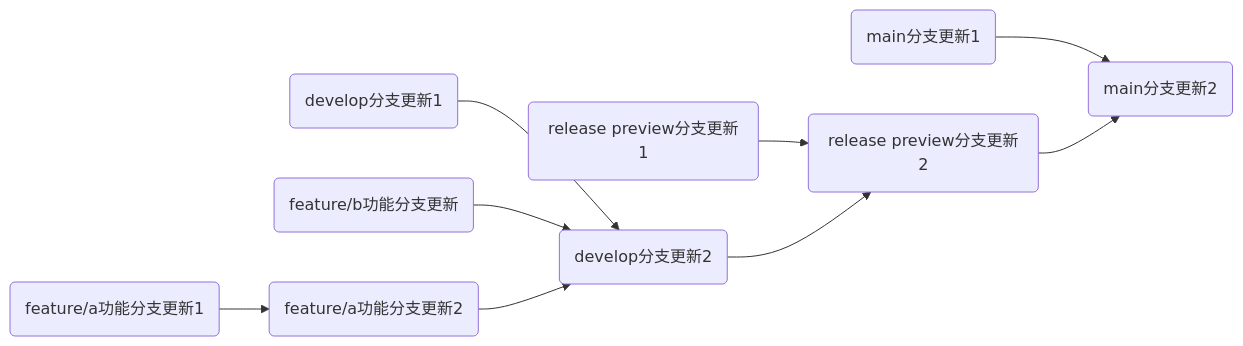
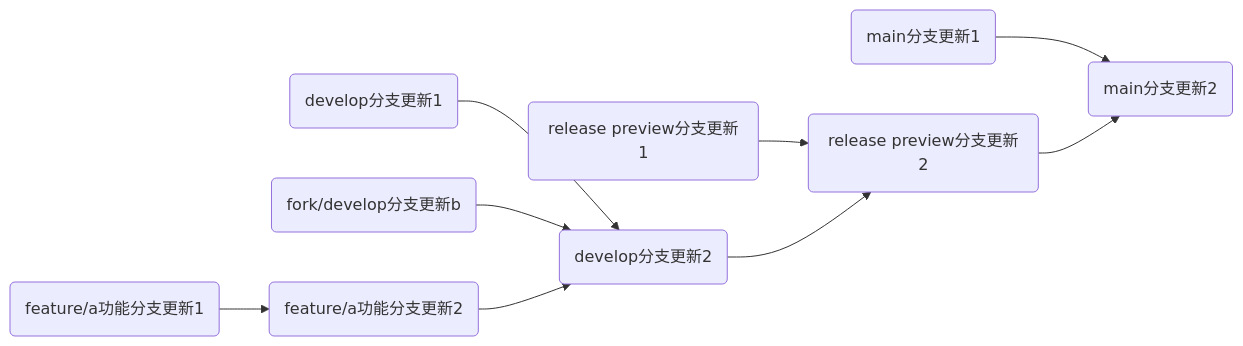
Before and after one commit to xystudio889/pyClickMouse: the first of 2 diagrams in CONTRIBUTING.md, drawn with Mermaid. The commit also changed other lines of this file and 13 other files, not shown here.

````diff
--- a/CONTRIBUTING.md
+++ b/CONTRIBUTING.md
@@ -39,13 +38,13 @@
 ```mermaid
 graph LR
 A(main分支更新1) --> J(main分支更新2)
 B(release preview分支更新1) --> D(release preview分支更新2)
 C(develop分支更新1) --> E(develop分支更新2)
 
 
 F(feature/a功能分支更新1) --> G(feature/a功能分支更新2)
-H(feature/b功能分支更新) --> E
+H(fork/develop分支更新b) --> E
 G --> E
 E --> D
 D --> J
 ```
````
